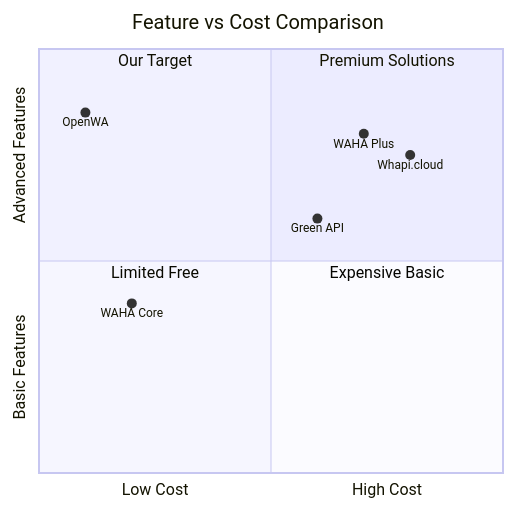
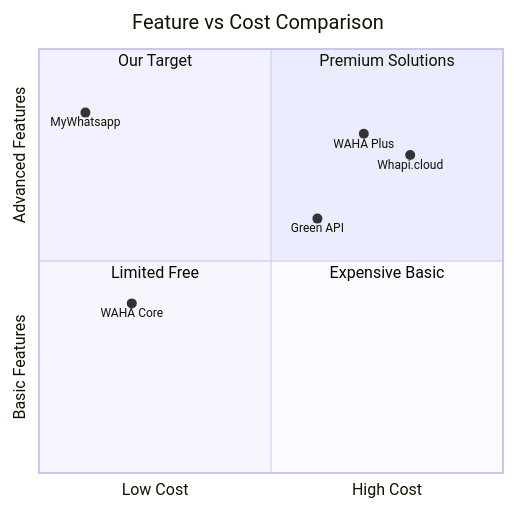
The fourth of 5 diagrams in docs/01-project-overview.md (Myenum2412/whatsapptool), drawn with Mermaid before and after one commit. The commit also changed other lines of this file and 874 other files, not shown here.

````diff
--- a/docs/01-project-overview.md
+++ b/docs/01-project-overview.md
@@ -188,16 +188,16 @@
 ```mermaid
 quadrantChart
     title Feature vs Cost Comparison
     x-axis Low Cost --> High Cost
     y-axis Basic Features --> Advanced Features
     quadrant-1 Premium Solutions
     quadrant-2 Our Target
     quadrant-3 Limited Free
     quadrant-4 Expensive Basic
 
     WAHA Plus: [0.7, 0.8]
     WAHA Core: [0.2, 0.4]
     Whapi.cloud: [0.8, 0.75]
     Green API: [0.6, 0.6]
-    OpenWA: [0.1, 0.85]
+    MyWhatsapp: [0.1, 0.85]
 ```
````
